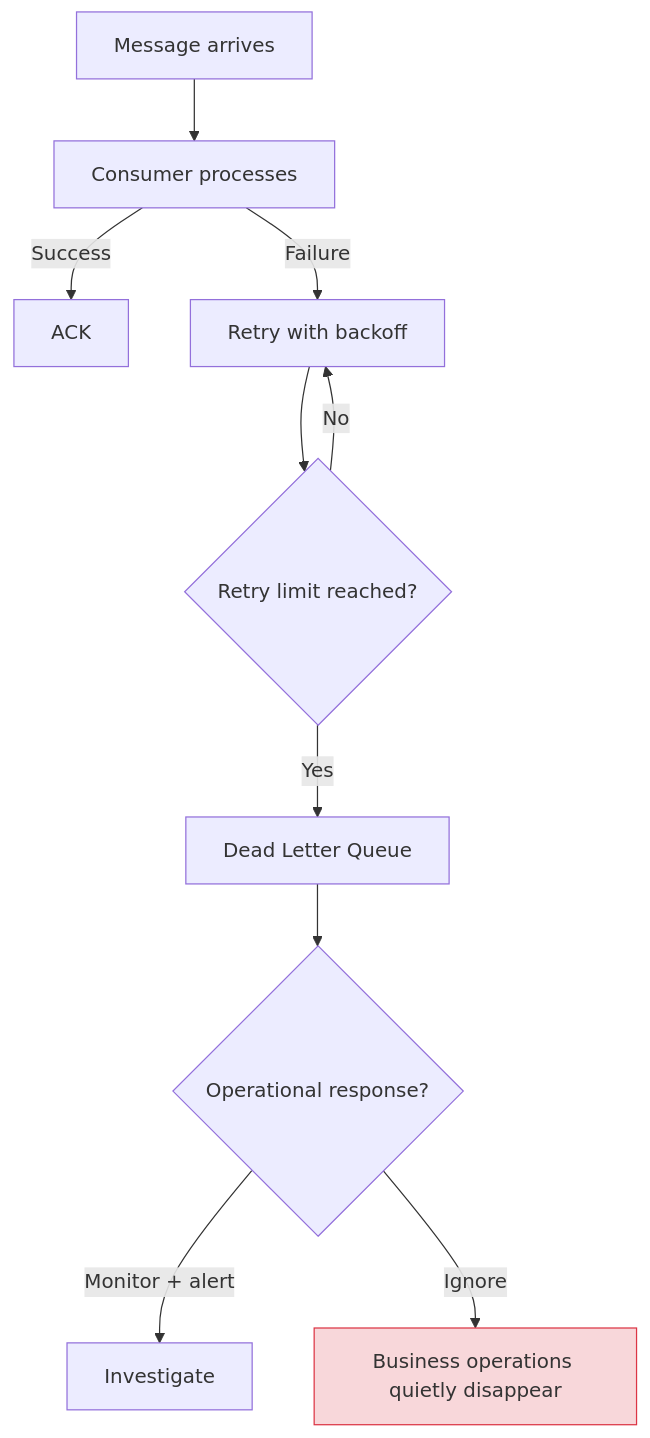
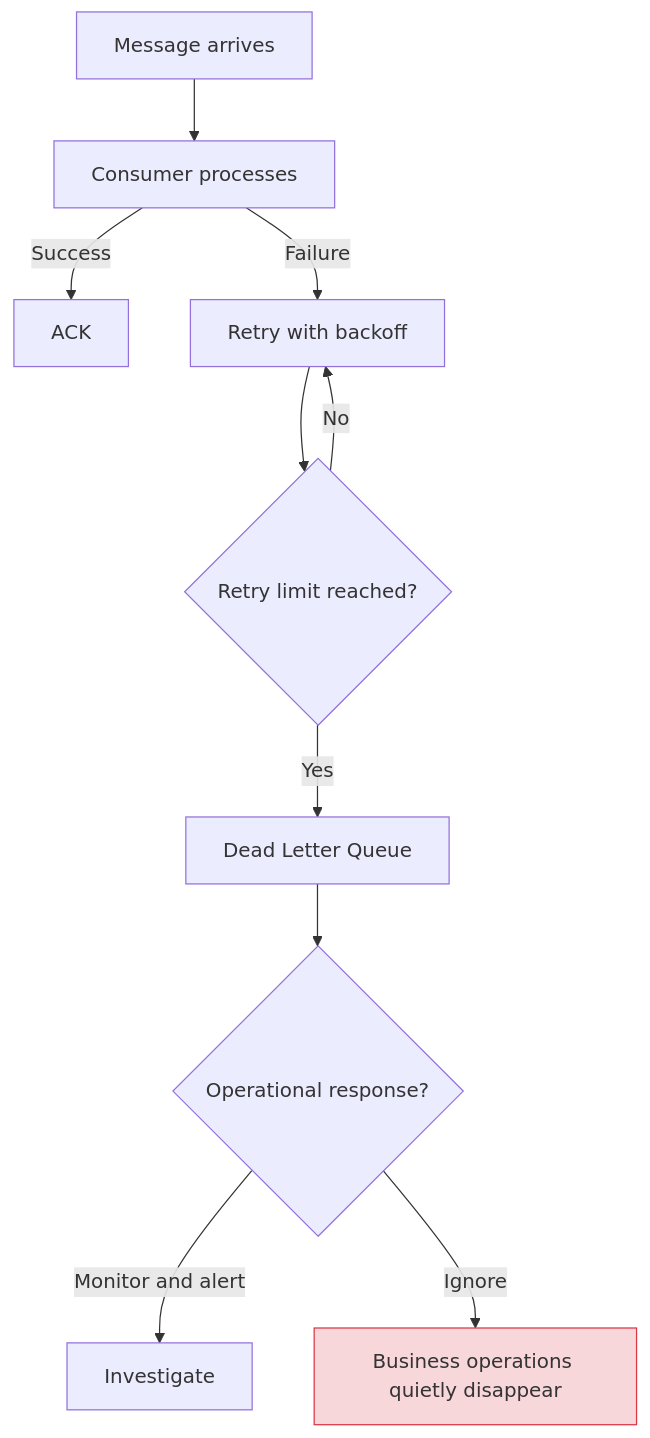
Before and after one commit to yoosuf/yoosuf.github.io: diagram 11 of 20 in _posts/2026-09-14-10-event-driven-architecture-questions.md, drawn with Mermaid. The commit also changed other lines of this file, not shown here.

Commit message:
Rewrite event-driven post: convert text flows to diagrams and bulleted lists

````diff
--- a/_posts/2026-09-14-10-event-driven-architecture-questions.md
+++ b/_posts/2026-09-14-10-event-driven-architecture-questions.md
@@ -210,14 +275,13 @@
 ```mermaid
 flowchart TD
     A[Message arrives] --> B[Consumer processes]
     B -->|Success| C[ACK]
     B -->|Failure| D[Retry with backoff]
     D --> E{Retry limit reached?}
     E -->|No| D
     E -->|Yes| F[Dead Letter Queue]
     F --> G{Operational response?}
-    G -->|Monitor + alert| H[Investigate]
+    G -->|Monitor and alert| H[Investigate]
     G -->|Ignore| I[Business operations quietly disappear]
-
     style I fill:#f8d7da,stroke:#dc3545
 ```
````
